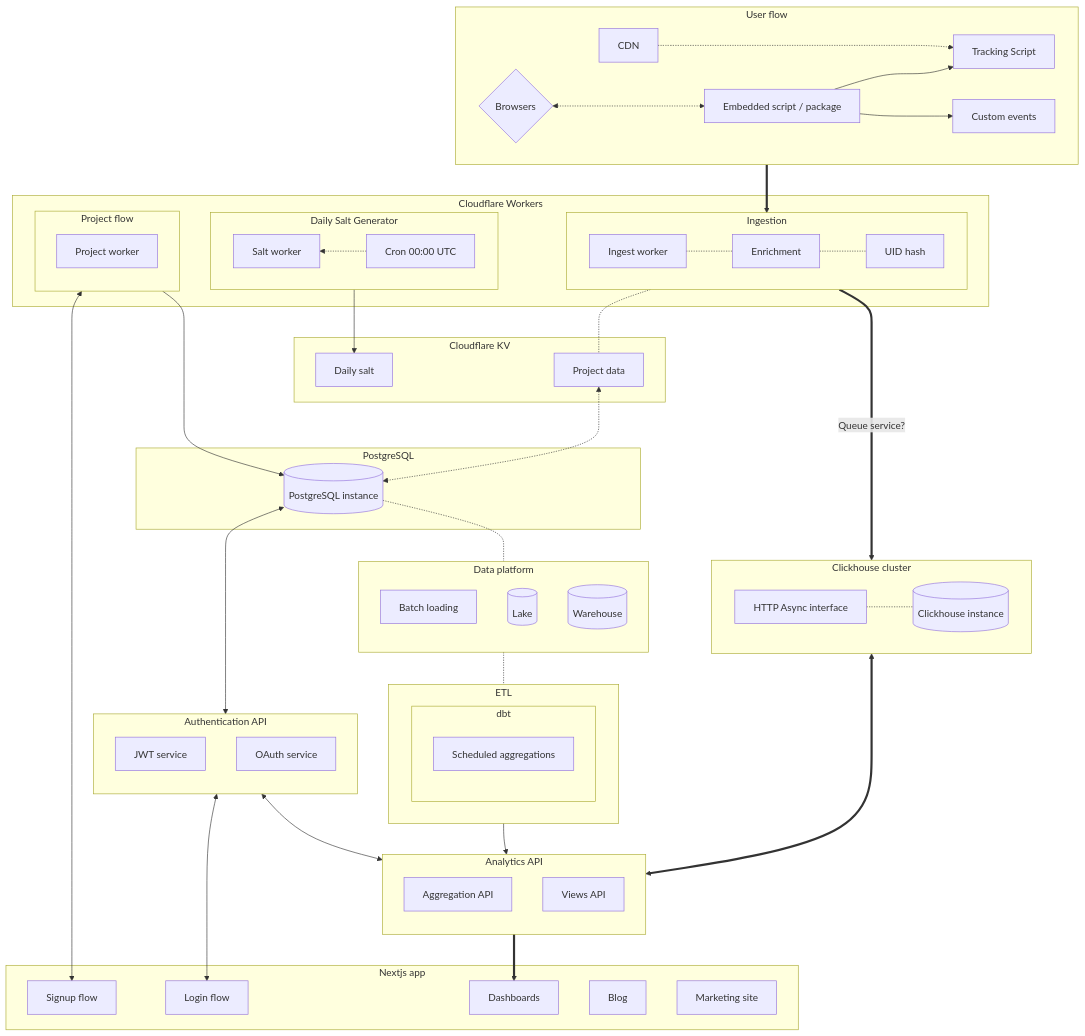
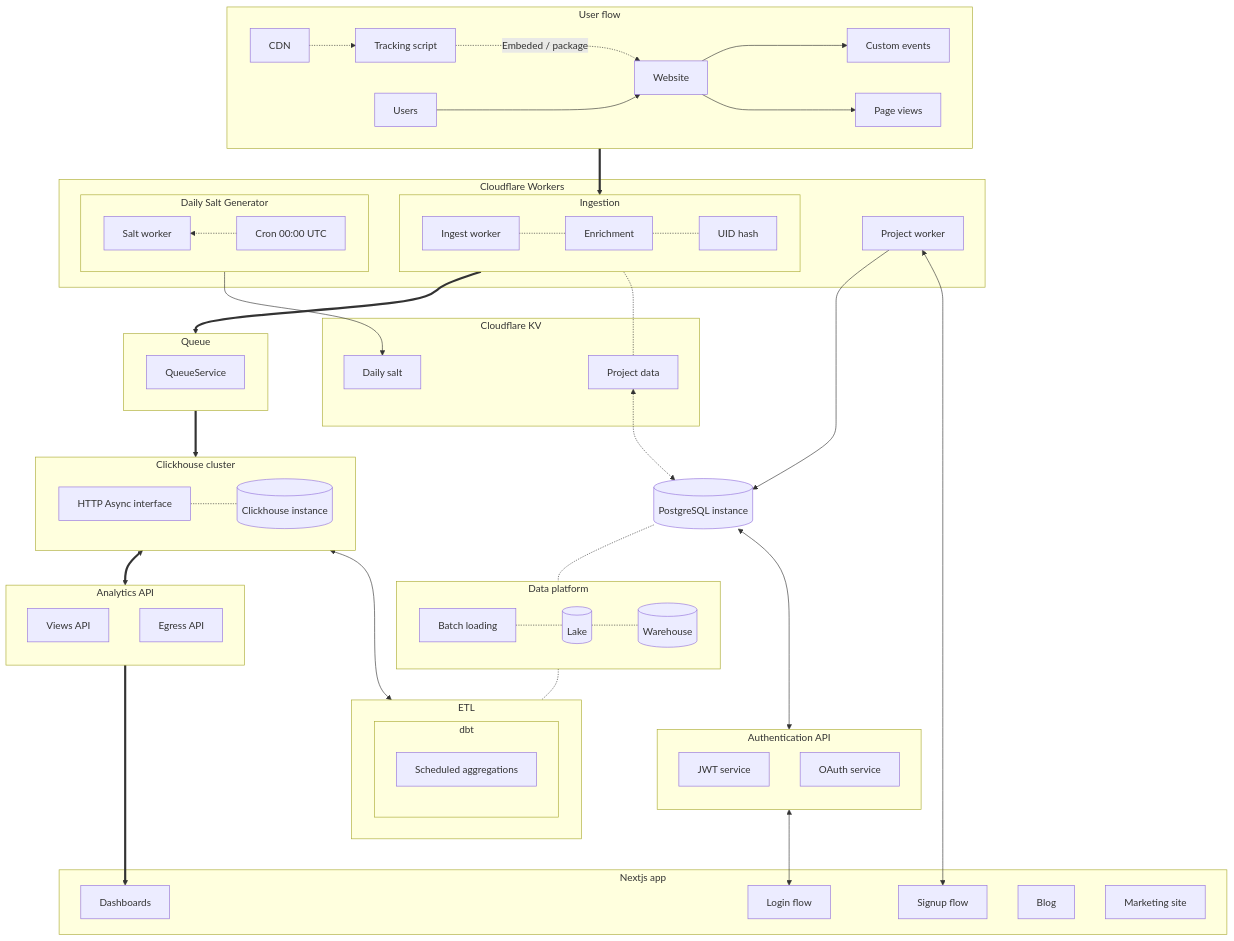
One commit to JGynther/analytics changed the first of 3 diagrams in docs/architecture.md. Above: the diagram before and after it, drawn with Mermaid. The commit also changed other lines of this file, not shown here.

Commit message:
fix: improve diagram layout

````diff
--- a/docs/architecture.md
+++ b/docs/architecture.md
@@ -26,9 +26,10 @@
 ```mermaid
 flowchart
     subgraph user[User flow]
-        CDN -...-> script
-        Browser{Browsers} <-..-> package[Embedded script / package]
-        ---> script[Tracking Script] & events[Custom events]
+        direction LR
+        cdn[CDN] -.-> script[Tracking script] -..-> |Embeded / package| website[Website]
+        browser[Users] ---> website
+        website ----> events[Custom events] & pageviews[Page views]
     end
     user ==> ingestion
 
@@ -44,21 +45,13 @@
             cron[Cron 00:00 UTC] .-> saltworker[Salt worker]
         end
 
-        subgraph projectflow[Project flow]
-            direction TB
-            projectworker[Project worker]
-        end
+        projectflow[Project worker]
     end
     ingestion -.- project
-    ingestion ==> |Queue service?| clickhouse
+    ingestion ==> queue
     saltgen --> salt
     projectflow <--> signup
     projectflow --> dbapi
-
-    subgraph clickhouse[Clickhouse cluster]
-        async[HTTP Async interface] -.- db[(Clickhouse instance)]
-    end
-    clickhouse <===> api
 
     subgraph kv[Cloudflare KV]
         salt[Daily salt]
@@ -66,31 +59,39 @@
     end
     project <-.-> dbapi
 
-    subgraph postgresql[PostgreSQL]
-        dbapi[(PostgreSQL instance)] 
+    subgraph queue[Queue]
+        QueueService
     end
-    dbapi <--> auth
+    queue ==> clickhouse
+
+    dbapi[(PostgreSQL instance)]
+    dbapi <---> auth
     dbapi -.- data
+
+    subgraph clickhouse[Clickhouse cluster]
+        async[HTTP Async interface] -.- db[(Clickhouse instance)]
+    end
+    clickhouse <---> etl
+    clickhouse <==> api
 
     subgraph etl[ETL]
         subgraph dbt
             aggregation[Scheduled aggregations]
         end
     end
-    etl --> api
 
     subgraph data[Data platform]
-        direction TB
-        batch[Batch loading]
-        lake[(Lake)]
+        direction LR
+        batch[Batch loading] -.-
+        lake[(Lake)] -.-
         warehouse[(Warehouse)]
-    end 
+    end
     data -.- etl
 
     subgraph api[Analytics API]
         direction TB
-        aggr[Aggregation API]
         views[Views API]
+        aggr[Egress API]
     end
     api ==> dashboard
 
@@ -100,7 +101,6 @@
         oauth[OAuth service]
     end
     auth <--> login
-    auth <--> api
 
     subgraph next[Nextjs app]
         dashboard[Dashboards]
````
